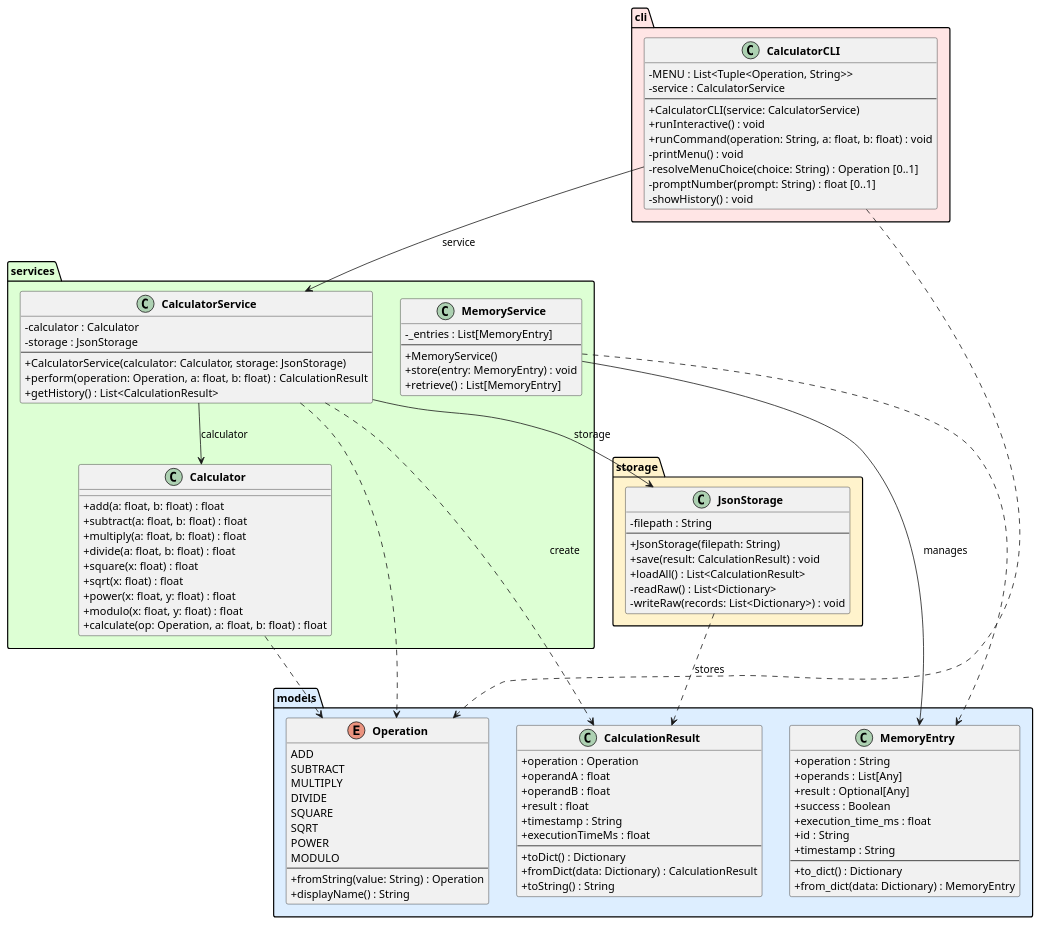
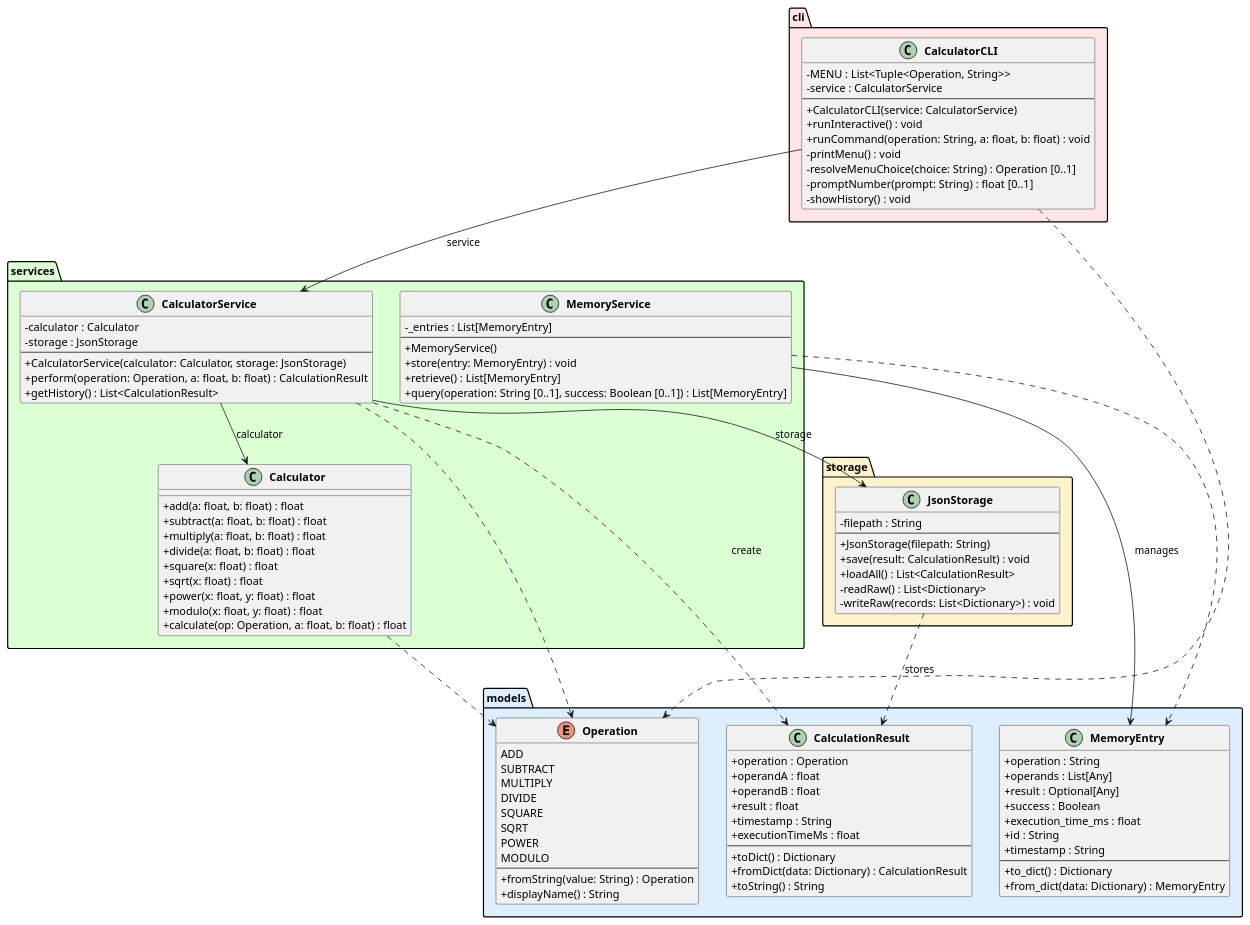
Before and after one commit to DanielRiha8906/Software_autoevolution_using_agents: the diagram in experiments/broadcast/test_driven/calculator/artifacts/class_diagram.puml, drawn with PlantUML. The commit also changed 3 other files, not shown here.

```diff
--- a/experiments/broadcast/test_driven/calculator/artifacts/class_diagram.puml
+++ b/experiments/broadcast/test_driven/calculator/artifacts/class_diagram.puml
@@ -1,118 +1,119 @@
 @startuml class_diagram
 
 skinparam classAttributeIconSize 0
 skinparam classFontStyle bold
 
 package "models" #DDEEFF {
     enum Operation {
         ADD
         SUBTRACT
         MULTIPLY
         DIVIDE
         SQUARE
         SQRT
         POWER
         MODULO
         --
         +fromString(value: String) : Operation
         +displayName() : String
     }
 
     class CalculationResult {
         +operation : Operation
         +operandA : float
         +operandB : float
         +result : float
         +timestamp : String
         +executionTimeMs : float
         --
         +toDict() : Dictionary
         +fromDict(data: Dictionary) : CalculationResult
         +toString() : String
     }
 
     class MemoryEntry {
         +operation : String
         +operands : List[Any]
         +result : Optional[Any]
         +success : Boolean
         +execution_time_ms : float
         +id : String
         +timestamp : String
         --
         +to_dict() : Dictionary
         +from_dict(data: Dictionary) : MemoryEntry
     }
 }
 
 package "services" #DDFFD4 {
     class Calculator {
         +add(a: float, b: float) : float
         +subtract(a: float, b: float) : float
         +multiply(a: float, b: float) : float
         +divide(a: float, b: float) : float
         +square(x: float) : float
         +sqrt(x: float) : float
         +power(x: float, y: float) : float
         +modulo(x: float, y: float) : float
         +calculate(op: Operation, a: float, b: float) : float
     }
 
     class CalculatorService {
         -calculator : Calculator
         -storage : JsonStorage
         --
         +CalculatorService(calculator: Calculator, storage: JsonStorage)
         +perform(operation: Operation, a: float, b: float) : CalculationResult
         +getHistory() : List<CalculationResult>
     }
 
     class MemoryService {
         -_entries : List[MemoryEntry]
         --
         +MemoryService()
         +store(entry: MemoryEntry) : void
         +retrieve() : List[MemoryEntry]
+        +query(operation: String [0..1], success: Boolean [0..1]) : List[MemoryEntry]
     }
 }
 
 package "storage" #FFF3CC {
     class JsonStorage {
         -filepath : String
         --
         +JsonStorage(filepath: String)
         +save(result: CalculationResult) : void
         +loadAll() : List<CalculationResult>
         -readRaw() : List<Dictionary>
         -writeRaw(records: List<Dictionary>) : void
     }
 }
 
 package "cli" #FFE5E5 {
     class CalculatorCLI {
         -MENU : List<Tuple<Operation, String>>
         -service : CalculatorService
         --
         +CalculatorCLI(service: CalculatorService)
         +runInteractive() : void
         +runCommand(operation: String, a: float, b: float) : void
         -printMenu() : void
         -resolveMenuChoice(choice: String) : Operation [0..1]
         -promptNumber(prompt: String) : float [0..1]
         -showHistory() : void
     }
 }
 
 CalculatorCLI --> CalculatorService : service
 CalculatorService --> Calculator : calculator
 CalculatorService --> JsonStorage : storage
 MemoryService --> MemoryEntry : manages
 
 CalculatorService ..> CalculationResult : create
 CalculatorService ..> Operation
 CalculatorCLI ..> Operation
 Calculator ..> Operation
 JsonStorage ..> CalculationResult : stores
 MemoryService ..> MemoryEntry
 
 @enduml
```
